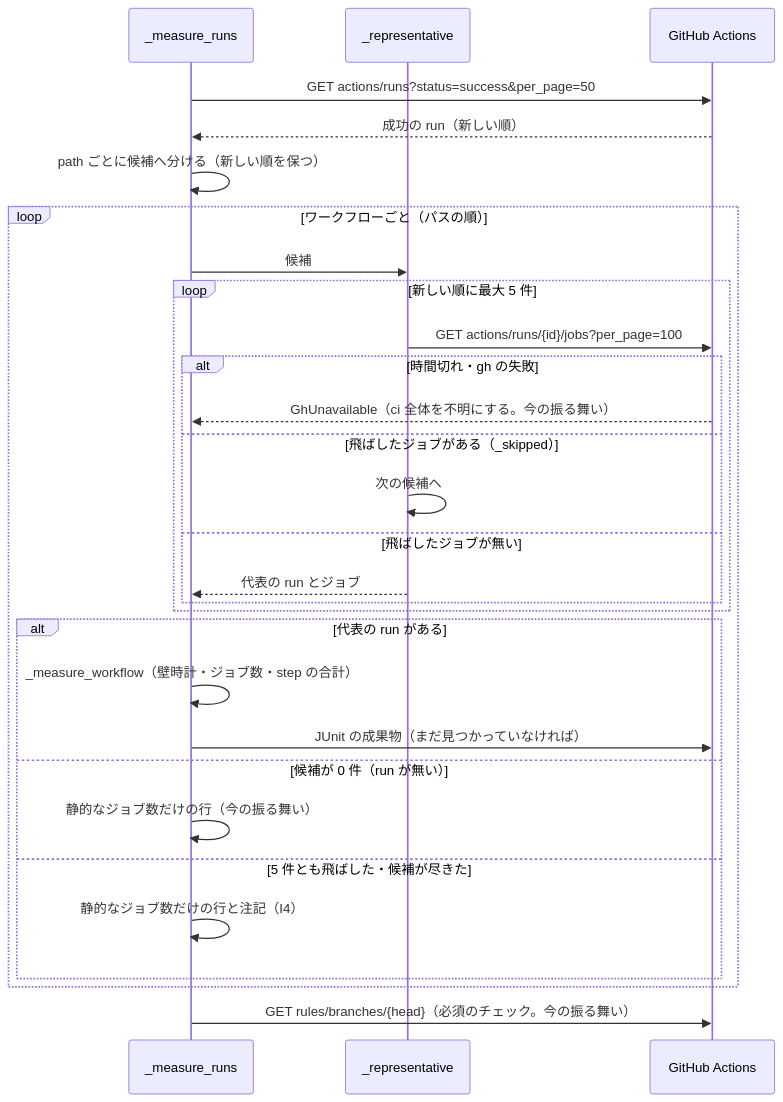
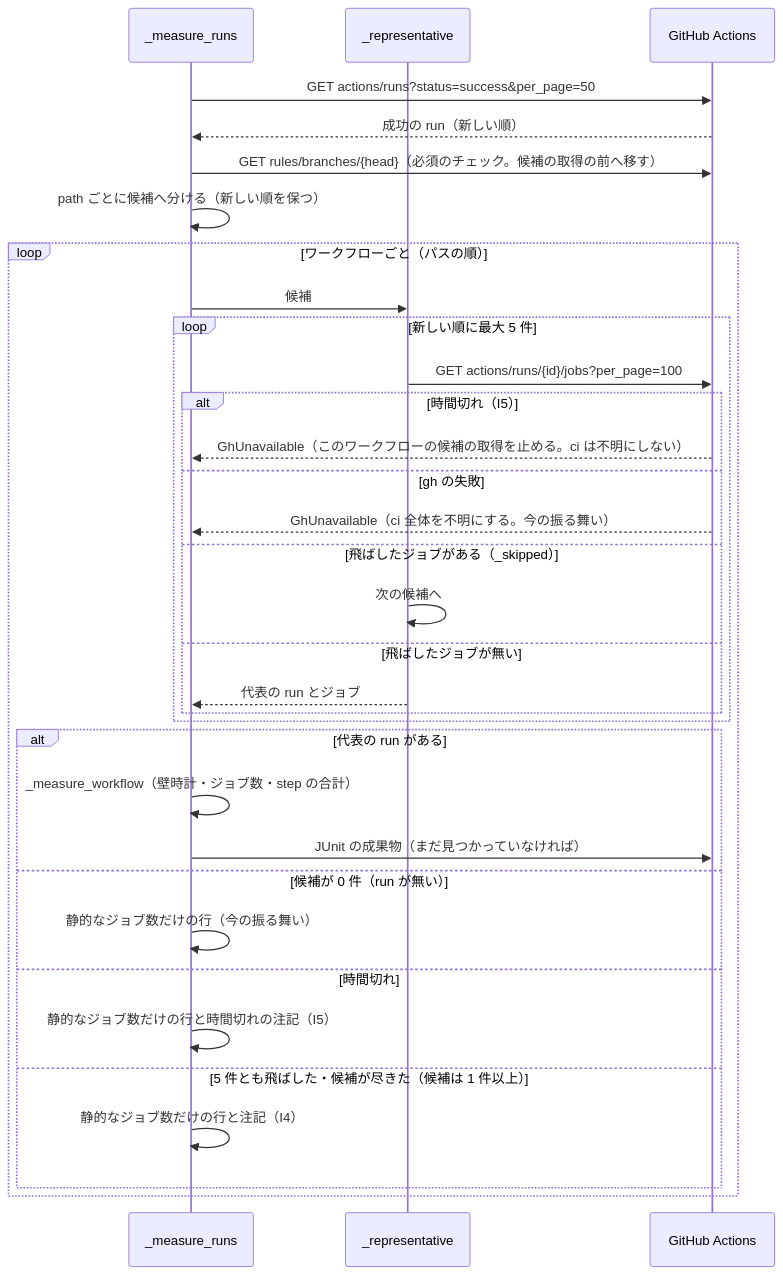
The third of 4 diagrams in issues/issue-1664-design.md (devbasex/ai-plugins), drawn with Mermaid before and after one commit. The commit also changed other lines of this file, not shown here.

````diff
--- a/issues/issue-1664-design.md
+++ b/issues/issue-1664-design.md
@@ -179,31 +179,35 @@
 ```mermaid
 sequenceDiagram
     participant MR as _measure_runs
     participant RP as _representative
     participant GH as GitHub Actions
     MR->>GH: GET actions/runs?status=success&per_page=50
     GH-->>MR: 成功の run（新しい順）
+    MR->>GH: GET rules/branches/{head}（必須のチェック。候補の取得の前へ移す）
     MR->>MR: path ごとに候補へ分ける（新しい順を保つ）
     loop ワークフローごと（パスの順）
         MR->>RP: 候補
         loop 新しい順に最大 5 件
             RP->>GH: GET actions/runs/{id}/jobs?per_page=100
-            alt 時間切れ・gh の失敗
+            alt 時間切れ（I5）
+                GH-->>MR: GhUnavailable（このワークフローの候補の取得を止める。ci は不明にしない）
+            else gh の失敗
                 GH-->>MR: GhUnavailable（ci 全体を不明にする。今の振る舞い）
             else 飛ばしたジョブがある（_skipped）
                 RP->>RP: 次の候補へ
             else 飛ばしたジョブが無い
                 RP-->>MR: 代表の run とジョブ
             end
         end
         alt 代表の run がある
             MR->>MR: _measure_workflow（壁時計・ジョブ数・step の合計）
             MR->>GH: JUnit の成果物（まだ見つかっていなければ）
         else 候補が 0 件（run が無い）
             MR->>MR: 静的なジョブ数だけの行（今の振る舞い）
-        else 5 件とも飛ばした・候補が尽きた
+        else 時間切れ
+            MR->>MR: 静的なジョブ数だけの行と時間切れの注記（I5）
+        else 5 件とも飛ばした・候補が尽きた（候補は 1 件以上）
             MR->>MR: 静的なジョブ数だけの行と注記（I4）
         end
     end
-    MR->>GH: GET rules/branches/{head}（必須のチェック。今の振る舞い）
 ```
````
